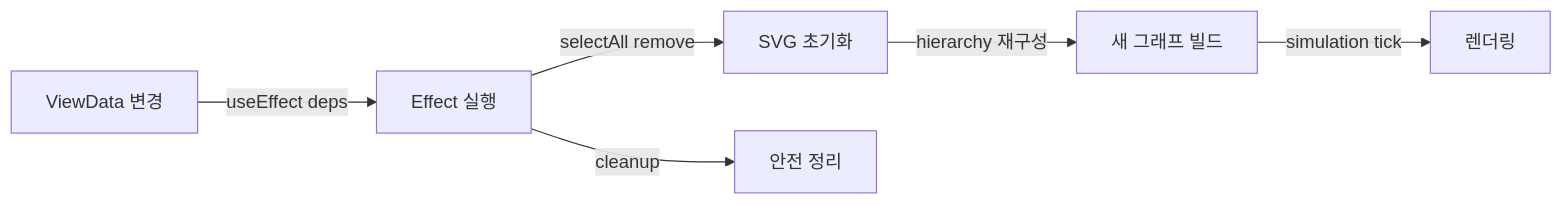
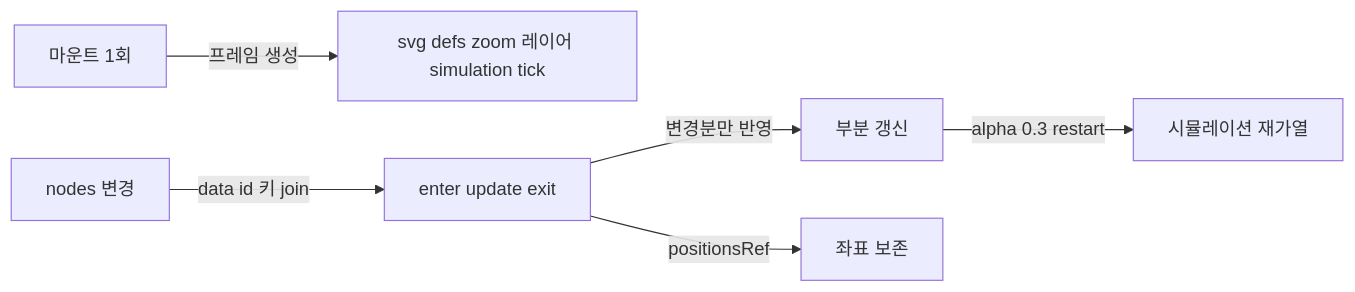
The third of 5 diagrams in 취업/content/portfolio/AI-Native-Builder/chatGraph_portfolio.md (E0min/obsidian-dev), drawn with Mermaid before and after one commit. The commit also changed other lines of this file and 39 other files, not shown here.

````diff
--- a/취업/content/portfolio/AI-Native-Builder/chatGraph_portfolio.md
+++ b/취업/content/portfolio/AI-Native-Builder/chatGraph_portfolio.md
@@ -57,8 +57,8 @@
 ```mermaid
 flowchart LR
-    Data[ViewData 변경] -->|useEffect deps| Effect[Effect 실행]
-    Effect -->|selectAll remove| Clear[SVG 초기화]
-    Clear -->|hierarchy 재구성| Build[새 그래프 빌드]
-    Build -->|simulation tick| Render[렌더링]
-    Effect -->|cleanup| Unmount[안전 정리]
+    Mount[마운트 1회] -->|프레임 생성| Frame[svg defs zoom 레이어 simulation tick]
+    Data[nodes 변경] -->|data id 키 join| Join[enter update exit]
+    Join -->|변경분만 반영| Patch[부분 갱신]
+    Join -->|positionsRef| Keep[좌표 보존]
+    Patch -->|alpha 0.3 restart| Reheat[시뮬레이션 재가열]
 ```
````
